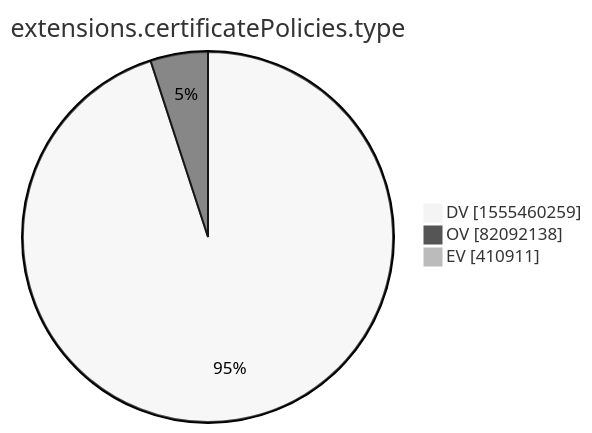
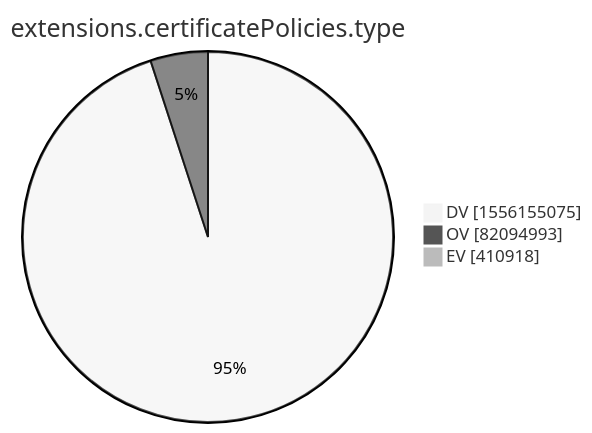
One commit to christiankrug/ctmonitor_visualization changed the tenth of 15 diagrams in xenon2022/README.md. Above: the diagram before and after it, drawn with Mermaid (neutral theme). The commit also changed other lines of this file, not shown here.

````diff
--- a/xenon2022/README.md
+++ b/xenon2022/README.md
@@ -2876,7 +2876,7 @@
 ```mermaid
 pie showData
 title extensions.certificatePolicies.type
-"DV" :1555460259
-"OV" :82092138
-"EV" :410911
+"DV" :1556155075
+"OV" :82094993
+"EV" :410918
 ```
````
